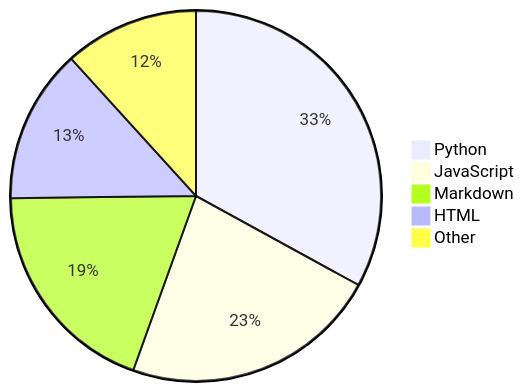
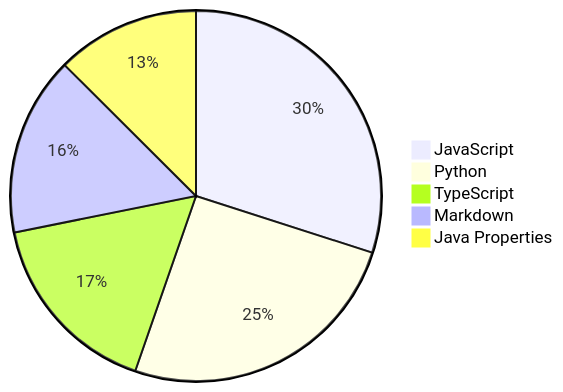
Before and after one commit to Alicia111/alicia111: the diagram in README.md, drawn with Mermaid.

Commit message:
Update WakaTime stats (・ω・)b

````diff
--- a/README.md
+++ b/README.md
@@ -32,8 +32,8 @@
 ```mermaid
 pie
-    "Python" : 24.27
-    "JavaScript" : 16.57
-    "Markdown" : 14.21
-    "HTML" : 9.89
-    "Other" : 8.64
+    "JavaScript" : 20.52
+    "Python" : 17.38
+    "TypeScript" : 11.32
+    "Markdown" : 10.71
+    "Java Properties" : 8.58
 ```
````
